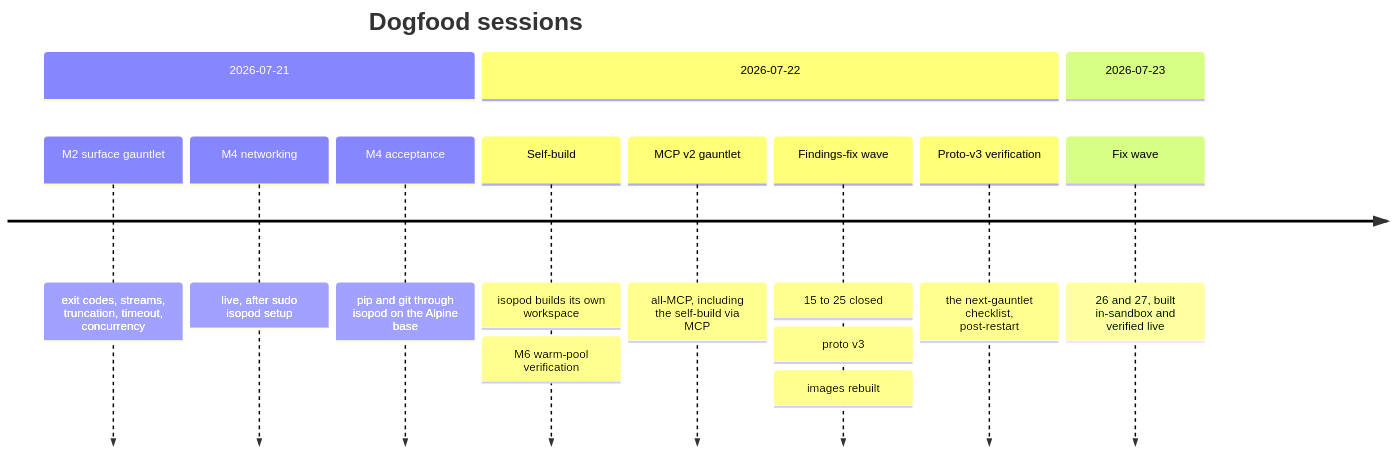
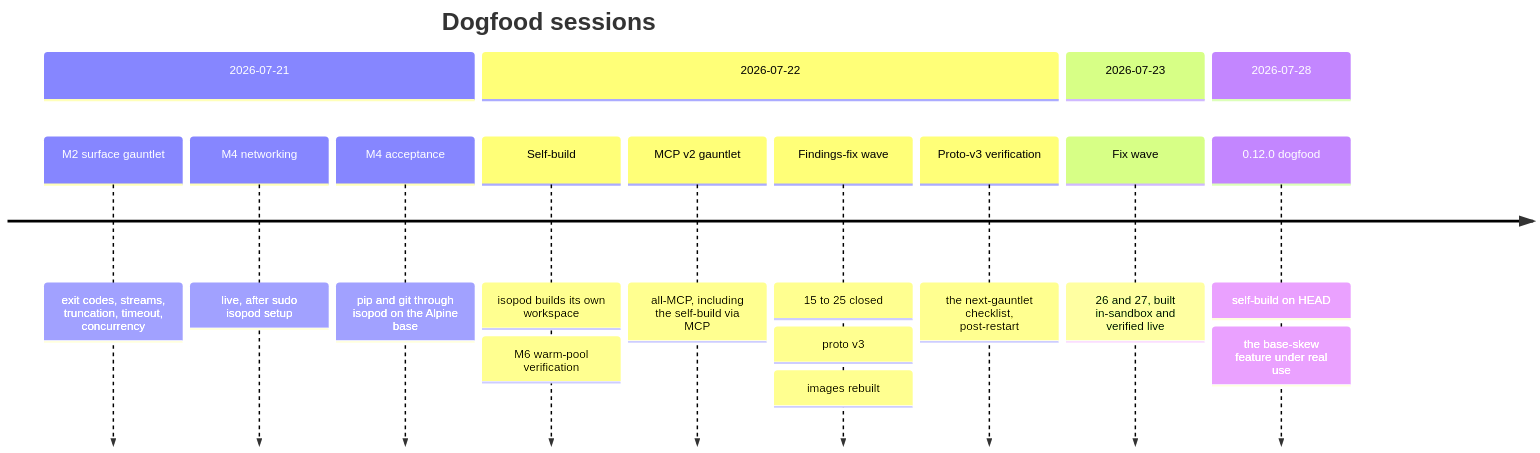
One commit to me1iissa/isopod changed the first of 2 diagrams in docs/dogfood-findings.md. Above: the diagram before and after it, drawn with Mermaid. The commit also changed other lines of this file and 1 other file, not shown here.

First line of the commit message:
docs(dogfood): the 0.12.0 session, and what one image rebuild sets off

````diff
--- a/docs/dogfood-findings.md
+++ b/docs/dogfood-findings.md
@@ -11,15 +11,17 @@
 ```mermaid
 timeline
     title Dogfood sessions
     section 2026-07-21
         M2 surface gauntlet : exit codes, streams, truncation, timeout, concurrency
         M4 networking : live, after sudo isopod setup
         M4 acceptance : pip and git through isopod on the Alpine base
     section 2026-07-22
         Self-build : isopod builds its own workspace : M6 warm-pool verification
         MCP v2 gauntlet : all-MCP, including the self-build via MCP
         Findings-fix wave : 15 to 25 closed : proto v3 : images rebuilt
         Proto-v3 verification : the next-gauntlet checklist, post-restart
     section 2026-07-23
         Fix wave : 26 and 27, built in-sandbox and verified live
+    section 2026-07-28
+        0.12.0 dogfood : self-build on HEAD : the base-skew feature under real use
 ```
````
